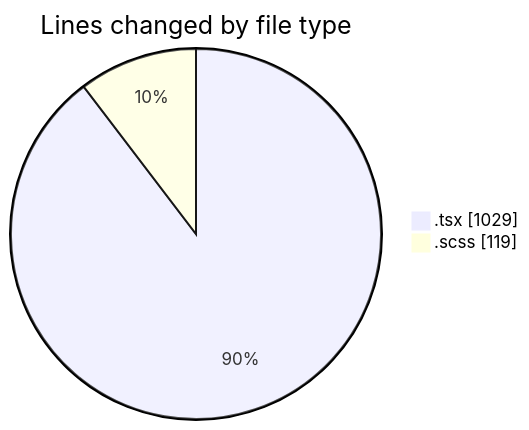
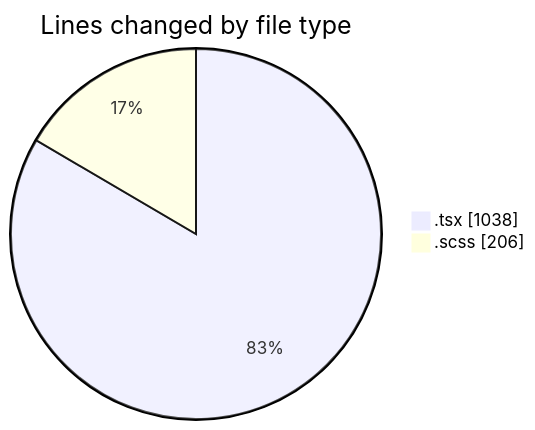
One commit to momahboobian/code-tracking changed the first of 2 diagrams in 2026-04-23/cda/README.md. Above: the diagram before and after it, drawn with Mermaid. The commit also changed other lines of this file and 1 other file, not shown here.

````diff
--- a/2026-04-23/cda/README.md
+++ b/2026-04-23/cda/README.md
@@ -27,6 +27,6 @@
 ```mermaid
 pie showData
 title Lines changed by file type
-".tsx" : 1029
-".scss" : 119
+".tsx" : 1038
+".scss" : 206
 ```
````
